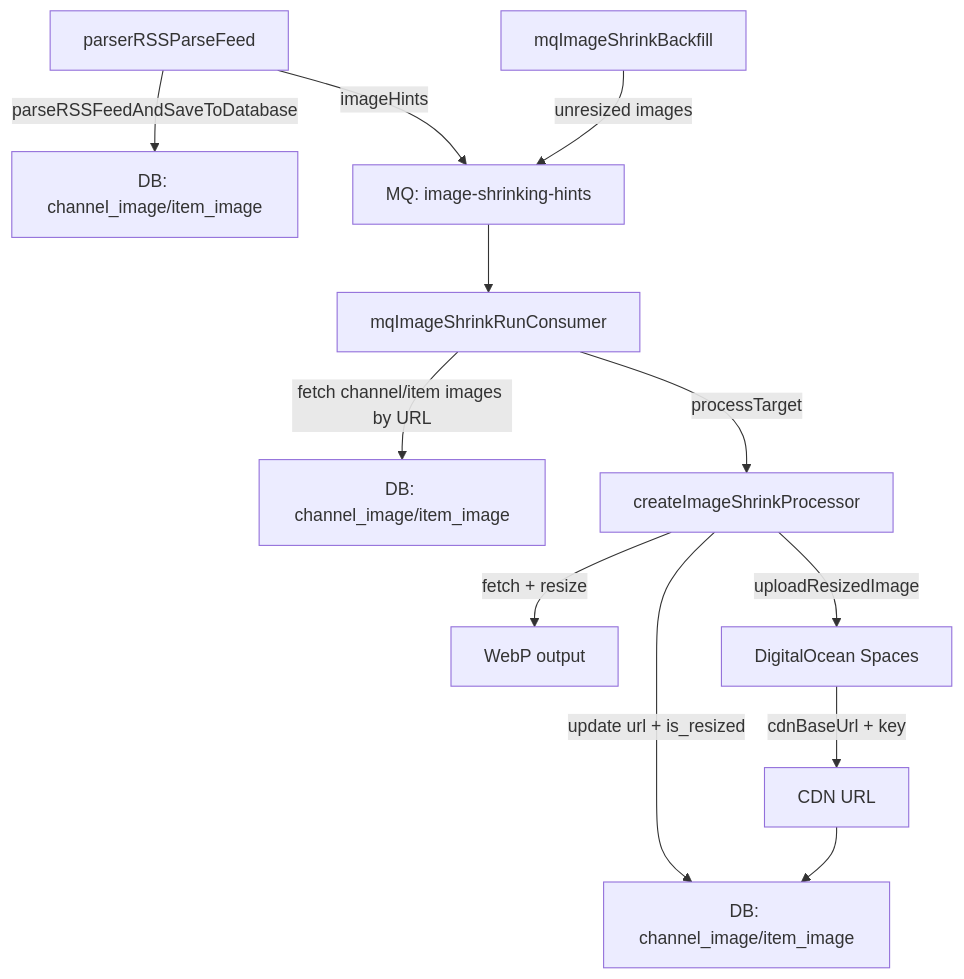
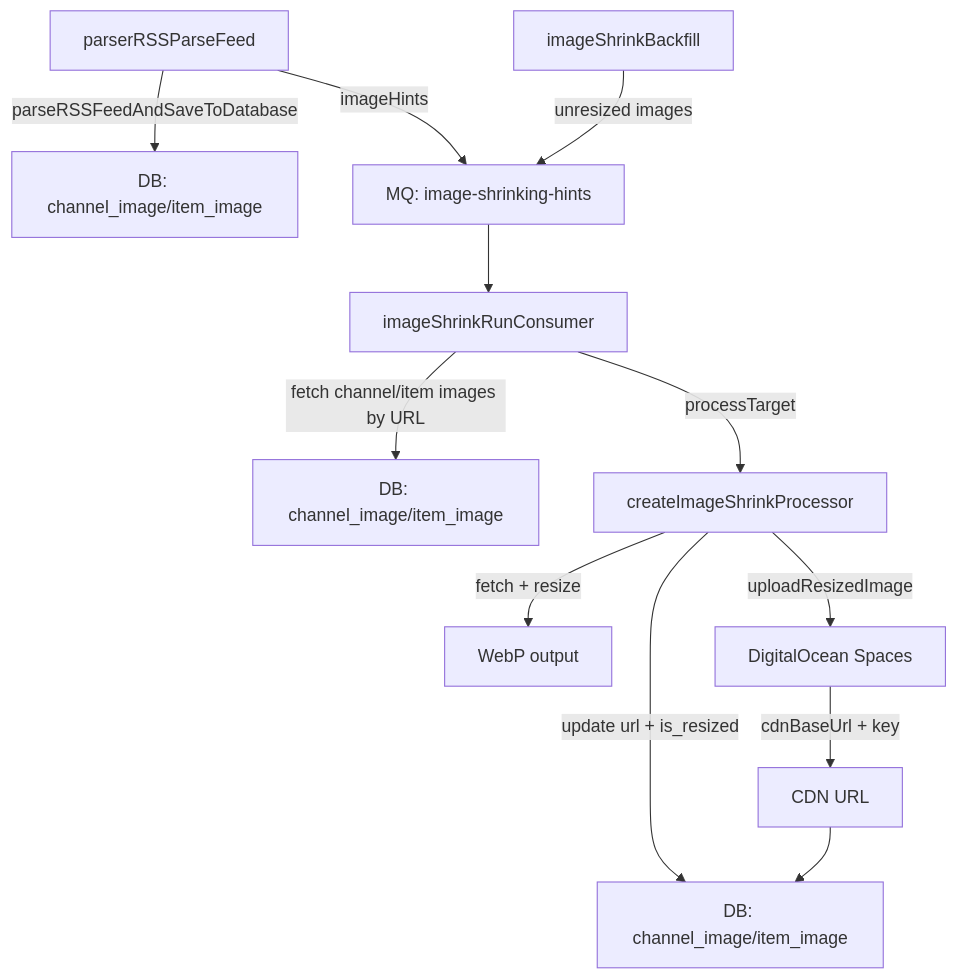
One commit to podverse/podverse changed the diagram in docs/image-shrinking/ARCHITECTURE/01-FLOW.md. Above: the diagram before and after it, drawn with Mermaid. The commit also changed other lines of this file and 29 other files, not shown here.

First line of the commit message:
refactor: standardize image shrink command names and enhance documentation

````diff
--- a/docs/image-shrinking/ARCHITECTURE/01-FLOW.md
+++ b/docs/image-shrinking/ARCHITECTURE/01-FLOW.md
@@ -14,17 +14,17 @@
 ```mermaid
 flowchart TD
   rssParse[parserRSSParseFeed] -->|parseRSSFeedAndSaveToDatabase| dbWrite[DB: channel_image/item_image]
   rssParse -->|imageHints| mqHints["MQ: image-shrinking-hints"]
-  backfill[mqImageShrinkBackfill] -->|unresized images| mqHints
+  backfill[imageShrinkBackfill] -->|unresized images| mqHints
 
-  mqHints --> consumer[mqImageShrinkRunConsumer]
+  mqHints --> consumer[imageShrinkRunConsumer]
   consumer -->|fetch channel/item images by URL| imageRows[DB: channel_image/item_image]
   consumer -->|processTarget| resize[createImageShrinkProcessor]
 
   resize -->|fetch + resize| webp[WebP output]
   resize -->|uploadResizedImage| storage["DigitalOcean Spaces"]
   resize -->|update url + is_resized| dbResized[DB: channel_image/item_image]
 
   storage -->|cdnBaseUrl + key| cdnUrl[CDN URL]
   cdnUrl --> dbResized
 ```
````
